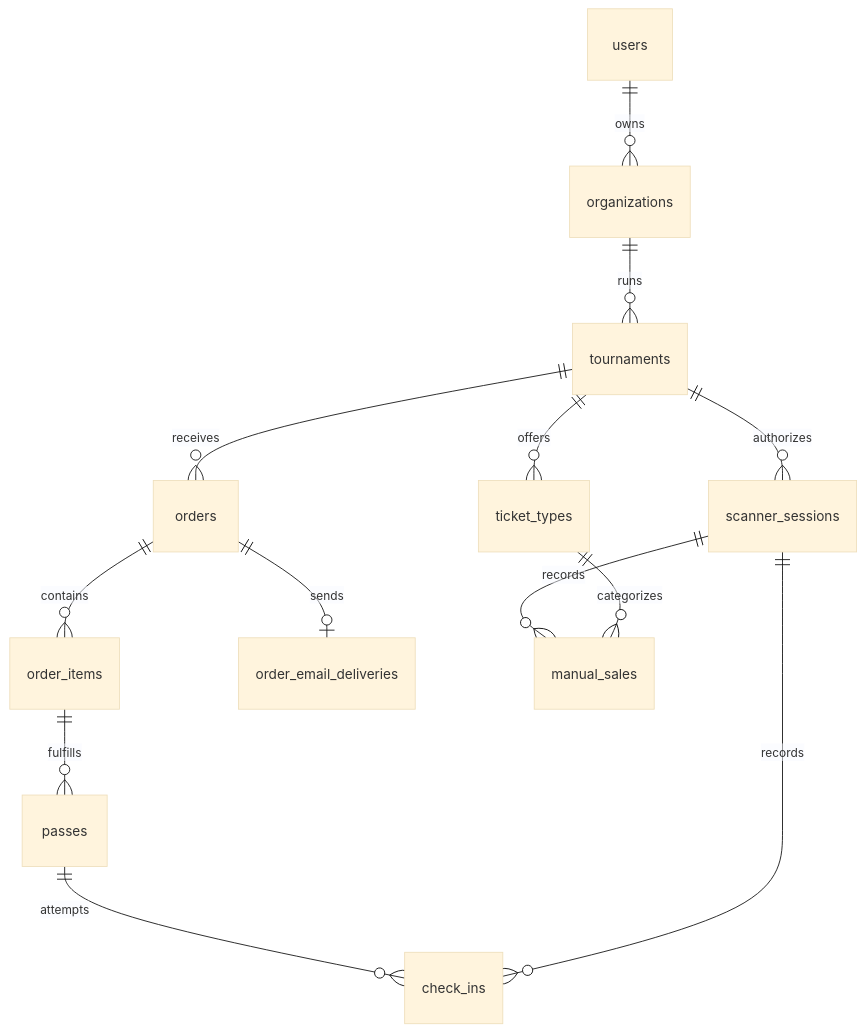
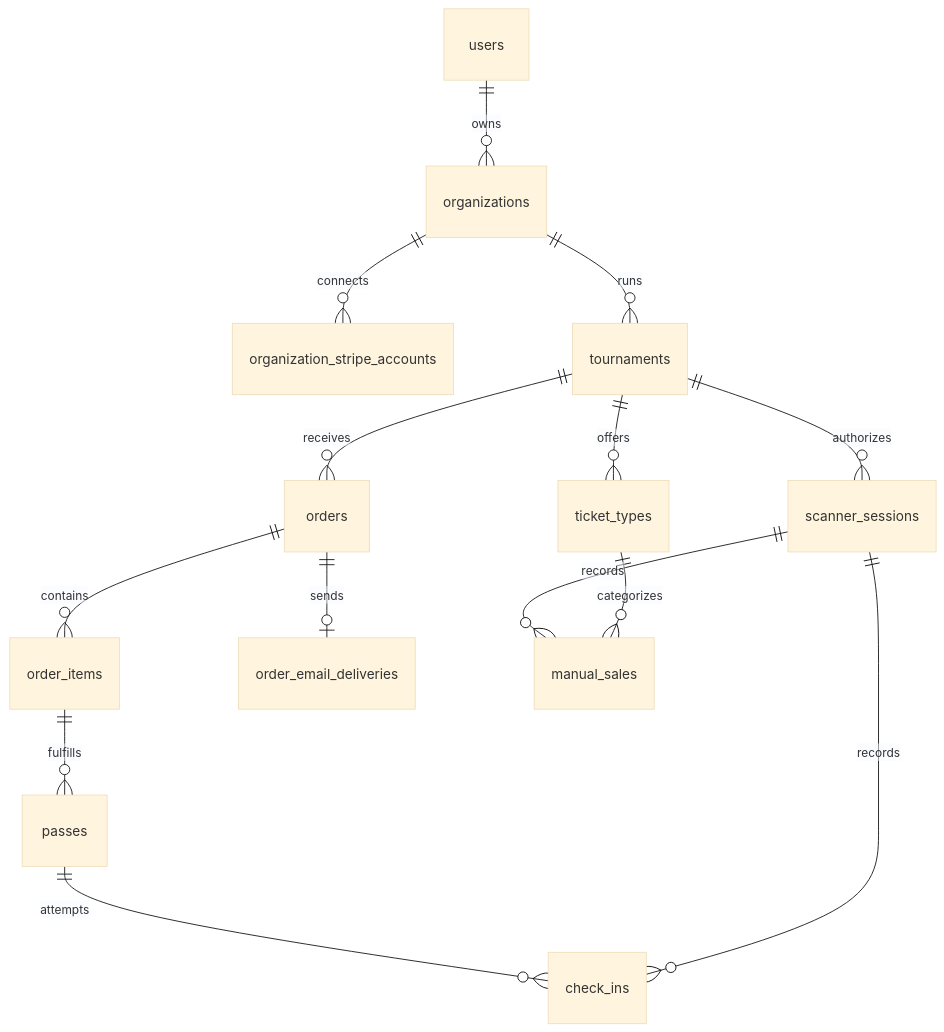
The diagram in docs/database-schema.md (LukeShew/tournibase-web-app), drawn with Mermaid (base theme) before and after one commit. The commit also changed other lines of this file and 48 other files, not shown here.

````diff
--- a/docs/database-schema.md
+++ b/docs/database-schema.md
@@ -10,15 +10,16 @@
 ```mermaid
 erDiagram
   users ||--o{ organizations : owns
+  organizations ||--o{ organization_stripe_accounts : connects
   organizations ||--o{ tournaments : runs
   tournaments ||--o{ ticket_types : offers
   tournaments ||--o{ orders : receives
   orders ||--o{ order_items : contains
   orders ||--o| order_email_deliveries : sends
   order_items ||--o{ passes : fulfills
   tournaments ||--o{ scanner_sessions : authorizes
   passes ||--o{ check_ins : attempts
   scanner_sessions ||--o{ check_ins : records
   scanner_sessions ||--o{ manual_sales : records
   ticket_types ||--o{ manual_sales : categorizes
 ```
````
